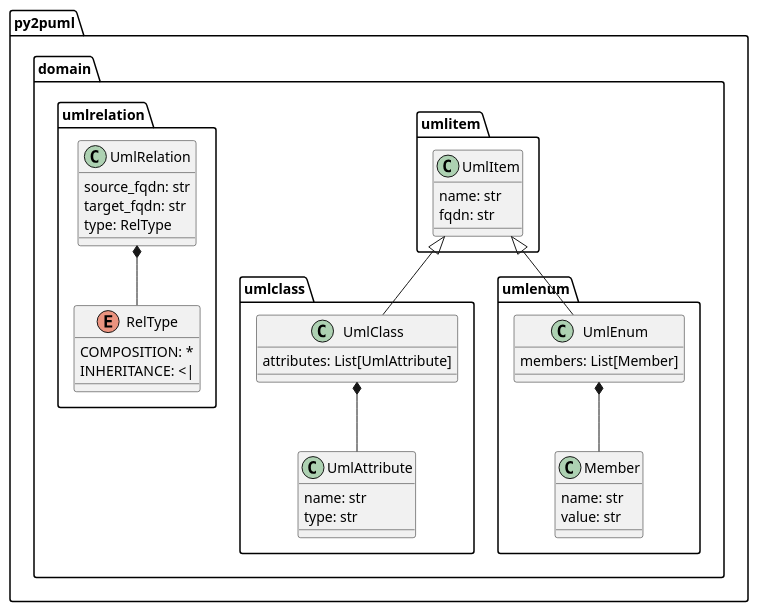
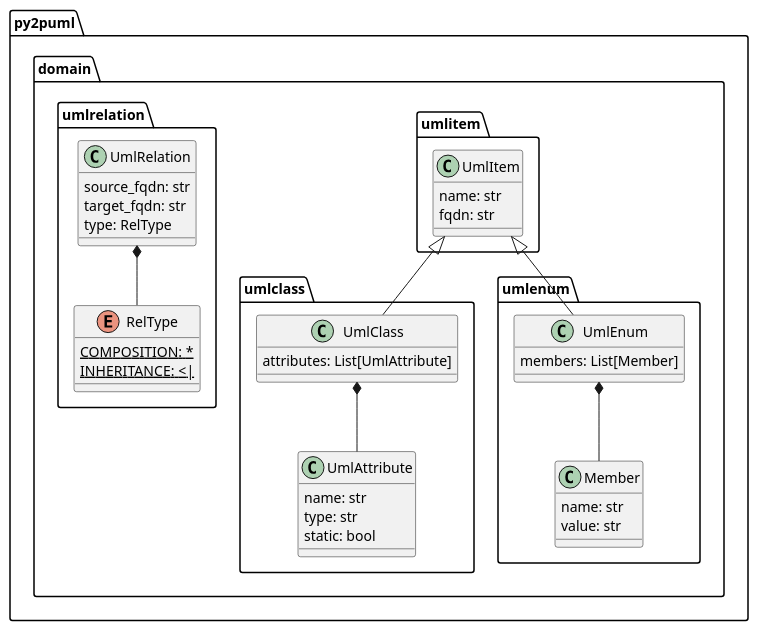
One commit to lucsorel/py2puml changed the diagram in README.md. Above: the diagram before and after it, drawn with PlantUML. The commit also changed other lines of this file and 28 other files, not shown here.

````diff
--- a/README.md
+++ b/README.md
@@ -74,36 +74,37 @@
 ```plantuml
 @startuml
 class py2puml.domain.umlclass.UmlAttribute {
   name: str
   type: str
+  static: bool
 }
 class py2puml.domain.umlclass.UmlClass {
   attributes: List[UmlAttribute]
 }
 class py2puml.domain.umlitem.UmlItem {
   name: str
   fqdn: str
 }
 class py2puml.domain.umlenum.Member {
   name: str
   value: str
 }
 class py2puml.domain.umlenum.UmlEnum {
   members: List[Member]
 }
 enum py2puml.domain.umlrelation.RelType {
-  COMPOSITION: *
-  INHERITANCE: <|
+  COMPOSITION: * {static}
+  INHERITANCE: <| {static}
 }
 class py2puml.domain.umlrelation.UmlRelation {
   source_fqdn: str
   target_fqdn: str
   type: RelType
 }
 py2puml.domain.umlclass.UmlClass *-- py2puml.domain.umlclass.UmlAttribute
 py2puml.domain.umlitem.UmlItem <|-- py2puml.domain.umlclass.UmlClass
 py2puml.domain.umlenum.UmlEnum *-- py2puml.domain.umlenum.Member
 py2puml.domain.umlitem.UmlItem <|-- py2puml.domain.umlenum.UmlEnum
 py2puml.domain.umlrelation.UmlRelation *-- py2puml.domain.umlrelation.RelType
 @enduml
 ```
````
